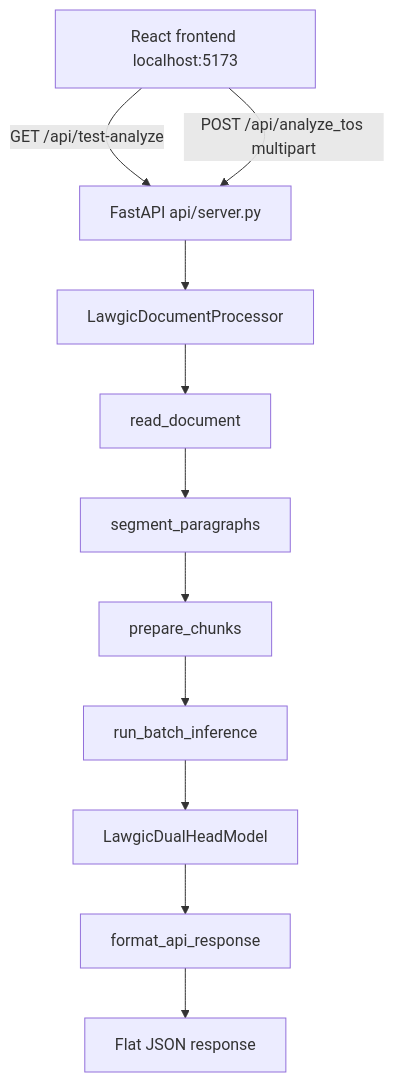
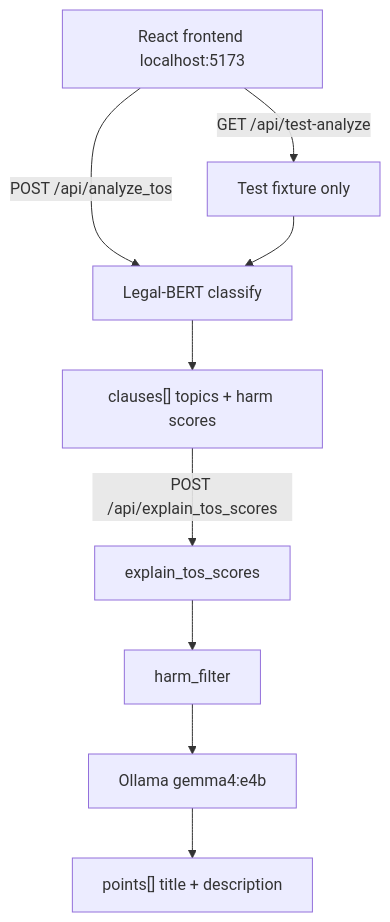
Before and after one commit to riki-11/lawgic: the diagram in docs/lawgic_api.md, drawn with Mermaid. The commit also changed other lines of this file and 4 other files, not shown here.

Commit message:
feat: add api for using decoder to explain clause topics and clause scores

````diff
--- a/docs/lawgic_api.md
+++ b/docs/lawgic_api.md
@@ -42,13 +55,12 @@
 ```mermaid
 flowchart TD
-    client[React frontend localhost:5173] -->|GET /api/test-analyze| fastapi[FastAPI api/server.py]
-    client -->|POST /api/analyze_tos multipart| fastapi
-    fastapi --> processor[LawgicDocumentProcessor]
-    processor --> read[read_document]
-    read --> segment[segment_paragraphs]
-    segment --> chunks[prepare_chunks]
-    chunks --> infer[run_batch_inference]
-    infer --> model[LawgicDualHeadModel]
-    model --> format[format_api_response]
-    format --> json[Flat JSON response]
+    client[React frontend localhost:5173]
+    client -->|POST /api/analyze_tos| classify[Legal-BERT classify]
+    classify --> clauses["clauses[] topics + harm scores"]
+    clauses -->|POST /api/explain_tos_scores| explain[explain_tos_scores]
+    explain --> filter[harm_filter]
+    filter --> ollama[Ollama gemma4:e4b]
+    ollama --> points["points[] title + description"]
+    client -->|GET /api/test-analyze| test[Test fixture only]
+    test --> classify
 ```
````
